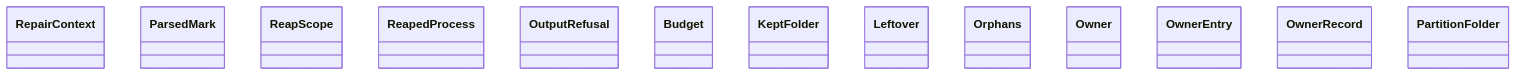
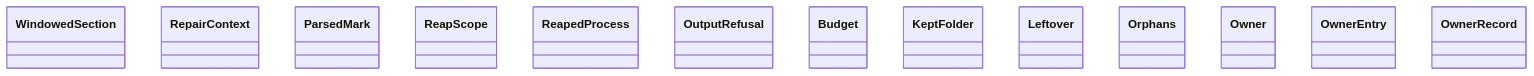
One commit to GonzaloZevallos/agentic-system changed the diagram in docs/architecture/generated/classes-process-domain-machine-3.md. Above: the diagram before and after it, drawn with Mermaid. The commit also changed other lines of this file and 7 other files, not shown here.

````diff
--- a/docs/architecture/generated/classes-process-domain-machine-3.md
+++ b/docs/architecture/generated/classes-process-domain-machine-3.md
@@ -34,16 +34,16 @@
 ```mermaid
 classDiagram
+    class notify_message__WindowedSection["WindowedSection"]
     class output_repair__RepairContext["RepairContext"]
     class reaping__ParsedMark["ParsedMark"]
     class reaping__ReapScope["ReapScope"]
     class reaping__ReapedProcess["ReapedProcess"]
     class refusal__OutputRefusal["OutputRefusal"]
     class retakes__Budget["Budget"]
     class scratch__KeptFolder["KeptFolder"]
     class scratch__Leftover["Leftover"]
     class scratch__Orphans["Orphans"]
     class scratch__Owner["Owner"]
     class scratch__OwnerEntry["OwnerEntry"]
     class scratch__OwnerRecord["OwnerRecord"]
-    class scratch__PartitionFolder["PartitionFolder"]
 ```
````
